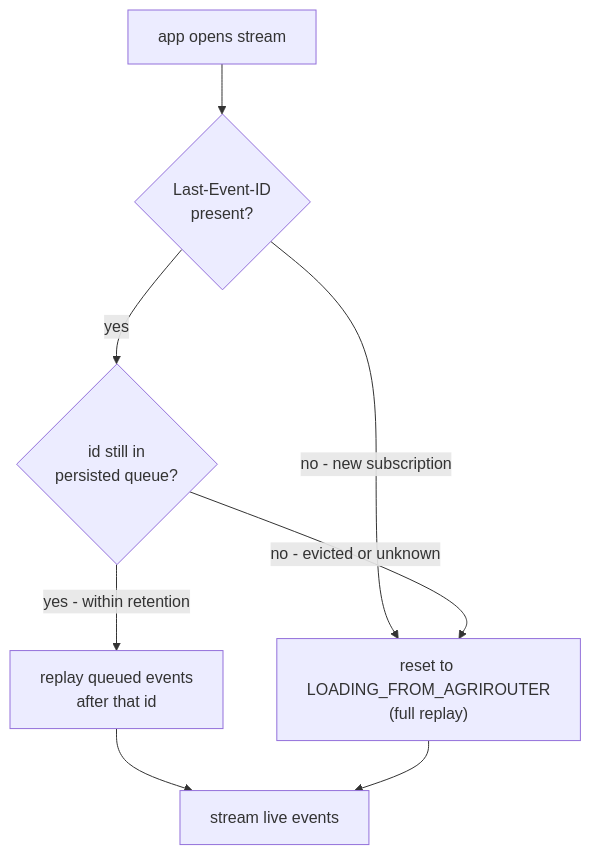
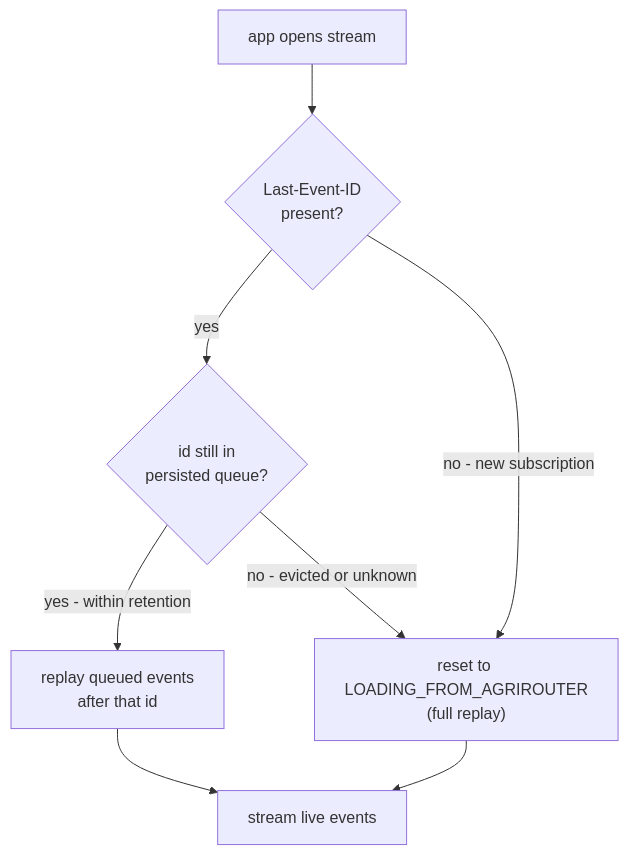
One commit to DKE-Data/masterdata-sync-working-group changed the diagram in architecture/07-sync-streaming.md. Above: the diagram before and after it, drawn with Mermaid. The commit also changed other lines of this file, not shown here.

Commit message:
Fix diagram in ADR 7

````diff
--- a/architecture/07-sync-streaming.md
+++ b/architecture/07-sync-streaming.md
@@ -23,18 +23,18 @@
 ```mermaid
 flowchart TB
     CONNECT["app opens stream"]
     HASID{"Last-Event-ID<br/>present?"}
     INQUEUE{"id still in<br/>persisted queue?"}
     REPLAY["replay queued events<br/>after that id"]
+    FULL["reset to LOADING_FROM_AGRIROUTER<br/>(full replay)"]
     LIVE["stream live events"]
-    FULL["reset to LOADING_FROM_AGRIROUTER<br/>(full replay)"]
     CONNECT --> HASID
-    HASID -->|"no - new subscription"| FULL
     HASID -->|"yes"| INQUEUE
     INQUEUE -->|"yes - within retention"| REPLAY
+    REPLAY --> LIVE
+    HASID -->|"no - new subscription"| FULL
     INQUEUE -->|"no - evicted or unknown"| FULL
-    REPLAY --> LIVE
     FULL --> LIVE
     %% ceasg:{"id":"h96o8i7i"} %%
     %% mermaid-flow:pos CONNECT=308,99 HASID=212,268 INQUEUE=536,344 REPLAY=537,539 LIVE=307,641 FULL=210,485
 ```
````
